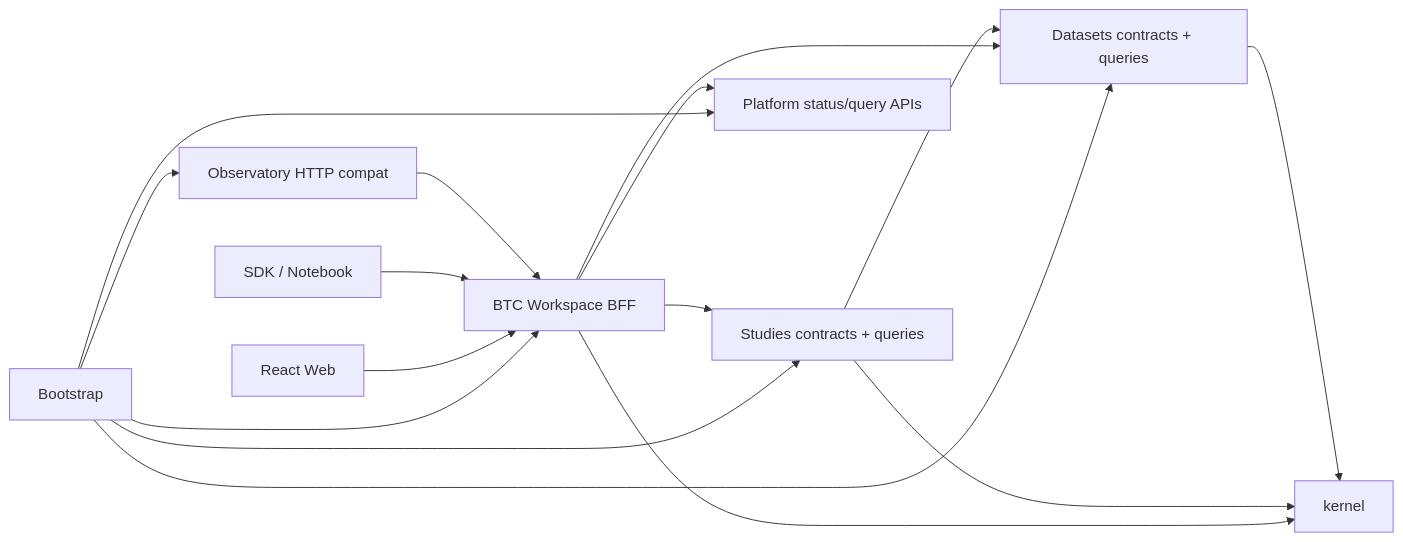
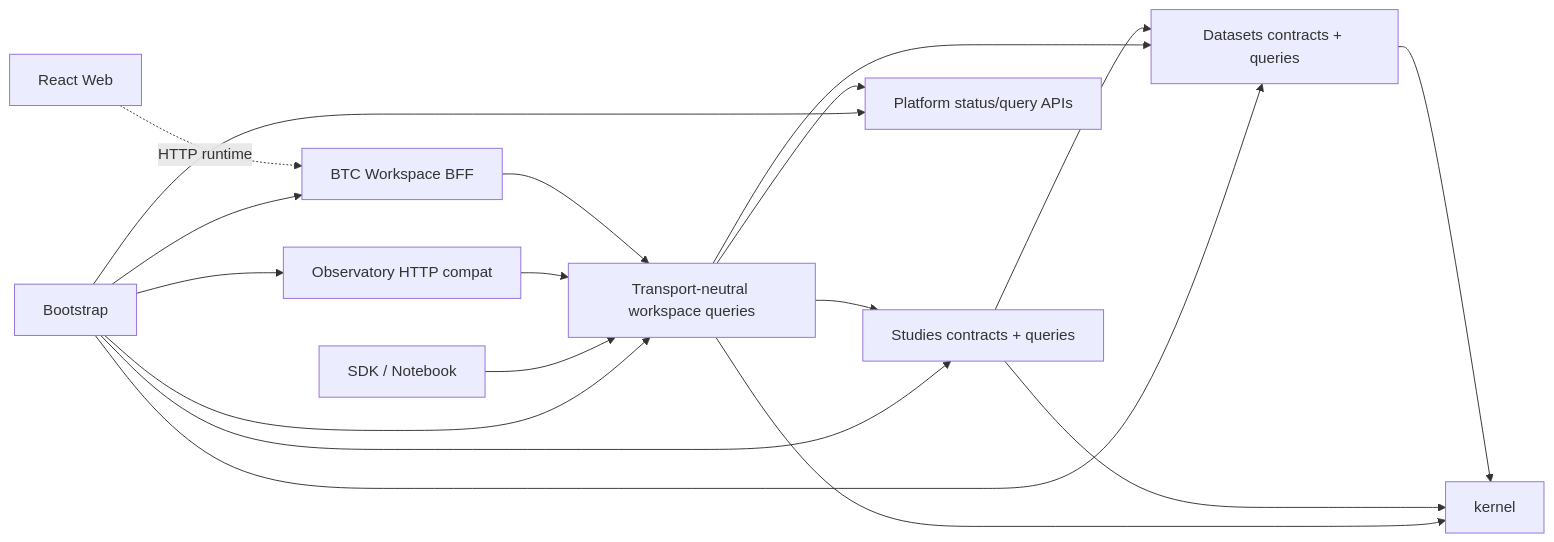
Before and after one commit to Hwloser/trade: the first of 5 diagrams in openspec/changes/btc-observation-analysis-ui-v2/design.md, drawn with Mermaid. The commit also changed other lines of this file and 6 other files, not shown here.

````diff
--- a/openspec/changes/btc-observation-analysis-ui-v2/design.md
+++ b/openspec/changes/btc-observation-analysis-ui-v2/design.md
@@ -352,28 +367,31 @@
 ```mermaid
 flowchart LR
     K[kernel]
     D[Datasets contracts + queries]
     S[Studies contracts + queries]
     P[Platform status/query APIs]
+    Q[Transport-neutral workspace queries]
     B[BTC Workspace BFF]
     C[Observatory HTTP compat]
     SDK[SDK / Notebook]
     W[React Web]
     BOOT[Bootstrap]
 
     D --> K
     S --> K
     S --> D
-    B --> K
-    B --> D
-    B --> S
-    B --> P
-    C --> B
-    SDK --> B
-    W --> B
+    Q --> K
+    Q --> D
+    Q --> S
+    Q --> P
+    B --> Q
+    C --> Q
+    SDK --> Q
+    W -. HTTP runtime .-> B
     BOOT --> D
     BOOT --> S
     BOOT --> P
+    BOOT --> Q
     BOOT --> B
     BOOT --> C
 ```
````
